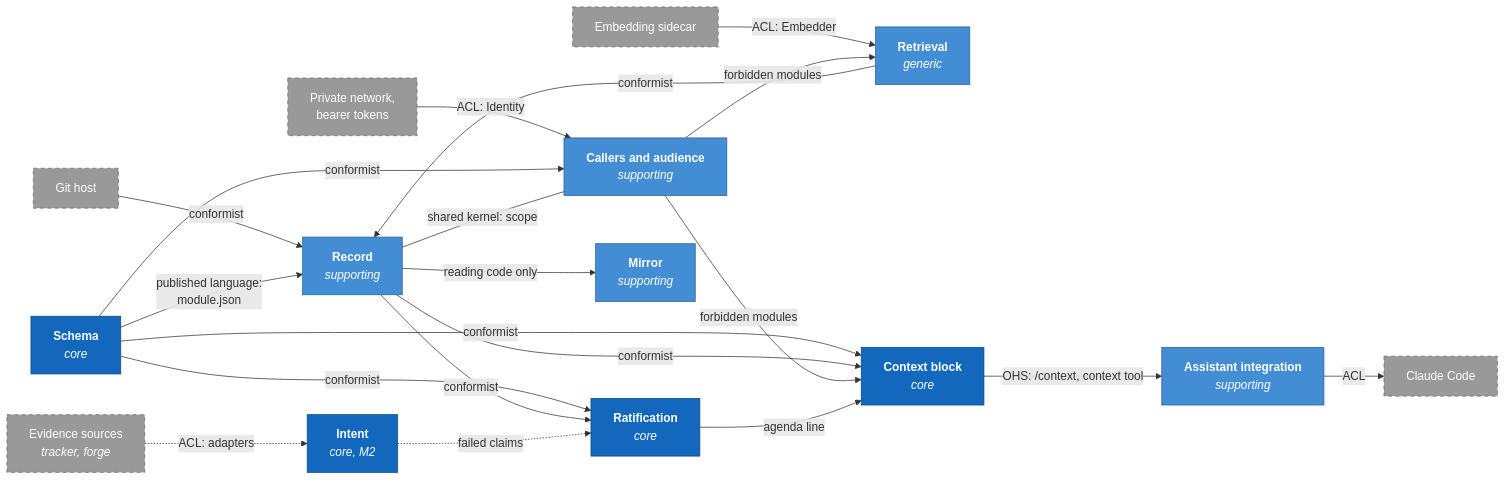
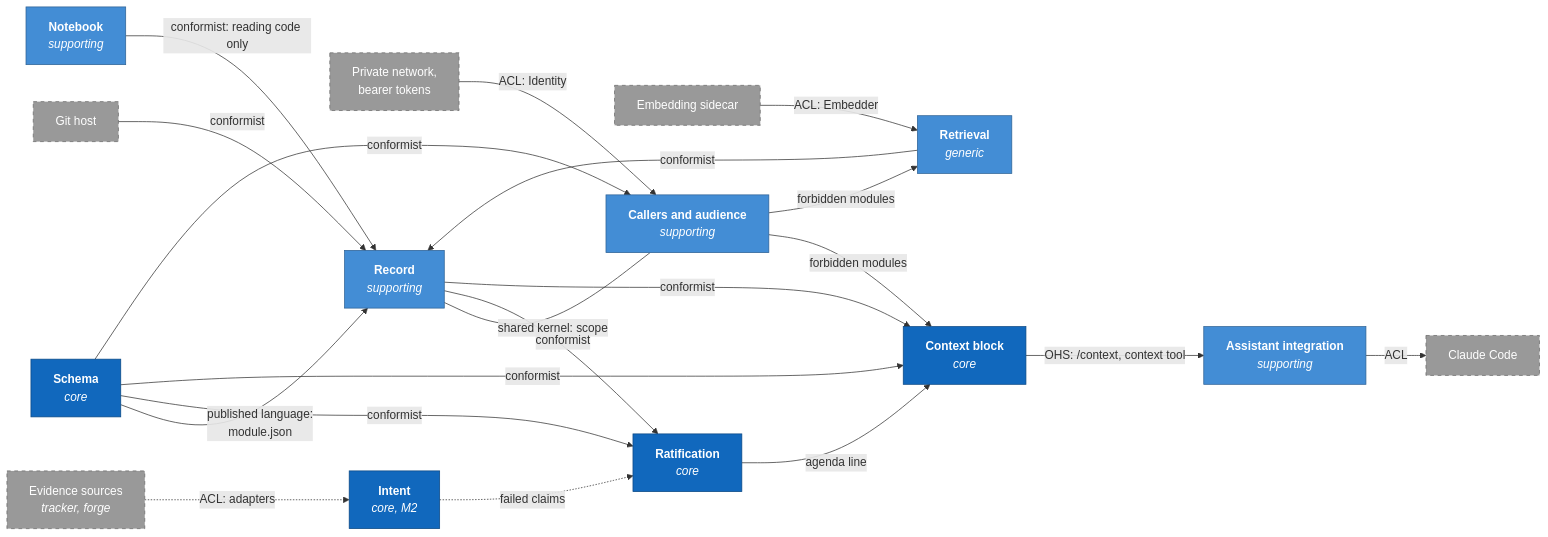
The diagram in docs/ddd/bounded-contexts.md (allanschon/brabeus), drawn with Mermaid before and after one commit. The commit also changed other lines of this file and 2 other files, not shown here.

First line of the commit message:
Name the second repository the notebook

````diff
--- a/docs/ddd/bounded-contexts.md
+++ b/docs/ddd/bounded-contexts.md
@@ -181,46 +184,46 @@
 ```mermaid
 flowchart LR
     githost["Git host"]
     embed["Embedding sidecar"]
     net["Private network,<br/>bearer tokens"]
     cc["Claude Code"]
     evidence["Evidence sources<br/><i>tracker, forge</i>"]
 
     schema["<b>Schema</b><br/><i>core</i>"]
     record["<b>Record</b><br/><i>supporting</i>"]
     retrieval["<b>Retrieval</b><br/><i>generic</i>"]
     callers["<b>Callers and audience</b><br/><i>supporting</i>"]
     ratification["<b>Ratification</b><br/><i>core</i>"]
     blockctx["<b>Context block</b><br/><i>core</i>"]
     plugin["<b>Assistant integration</b><br/><i>supporting</i>"]
     intent["<b>Intent</b><br/><i>core, M2</i>"]
-    mirror["<b>Mirror</b><br/><i>supporting</i>"]
+    notebook["<b>Notebook</b><br/><i>supporting</i>"]
 
     githost -- "conformist" --> record
     embed -- "ACL: Embedder" --> retrieval
     net -- "ACL: Identity" --> callers
     evidence -. "ACL: adapters" .-> intent
 
     schema -- "published language:<br/>module.json" --> record
     schema -- "conformist" --> ratification
     schema -- "conformist" --> blockctx
     schema -- "conformist" --> callers
     retrieval -- "conformist" --> record
     record ---|"shared kernel: scope"| callers
     record -- "conformist" --> ratification
     record -- "conformist" --> blockctx
-    record -- "reading code only" --> mirror
+    notebook -- "conformist: reading code only" --> record
     callers -- "forbidden modules" --> blockctx
     callers -- "forbidden modules" --> retrieval
     ratification -- "agenda line" --> blockctx
     intent -. "failed claims" .-> ratification
     blockctx -- "OHS: /context, context tool" --> plugin
     plugin -- "ACL" --> cc
 
     classDef system fill:#1168bd,stroke:#0b4884,color:#fff
     classDef container fill:#438dd5,stroke:#2e6295,color:#fff
     classDef ext fill:#999,stroke:#6b6b6b,color:#fff,stroke-dasharray:5 5
     class schema,ratification,blockctx,intent system
-    class record,retrieval,callers,plugin,mirror container
+    class record,retrieval,callers,plugin,notebook container
     class githost,embed,net,cc,evidence ext
 ```
````
